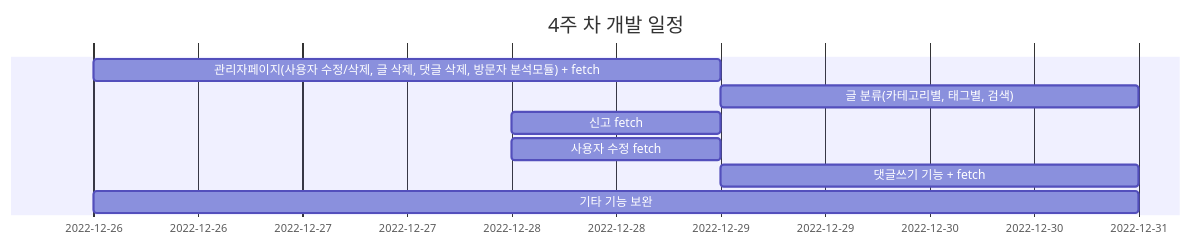
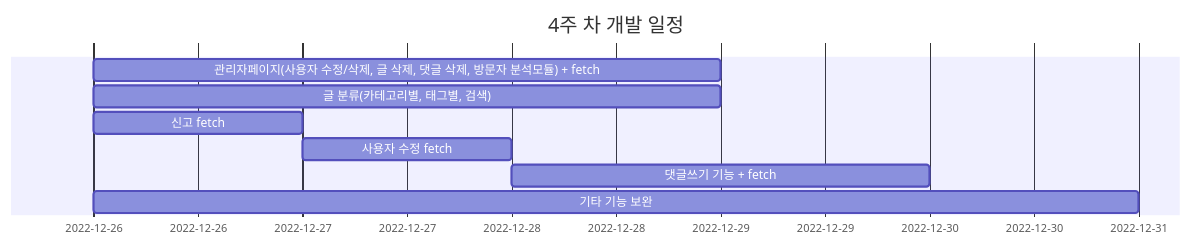
One commit to TEAM-ACO/.github changed the diagram in profile/README.md. Above: the diagram before and after it, drawn with Mermaid.

````diff
--- a/profile/README.md
+++ b/profile/README.md
@@ -1,12 +1,12 @@
 ```mermaid
 gantt
     title 4주 차 개발 일정
     dateFormat  YYYY-MM-DD
     
     관리자페이지(사용자 수정/삭제, 글 삭제, 댓글 삭제, 방문자 분석모듈) + fetch           :a1,  2022-12-26, 3d
-    글 분류(카테고리별, 태그별, 검색) : a1, 2022-12-29, 2d
-    신고 fetch : a1, 2022-12-28, 1d
-    사용자 수정 fetch: a1, 2022-12-28, 1d
-    댓글쓰기 기능 + fetch :a1, 2022-12-29, 2d
+    글 분류(카테고리별, 태그별, 검색) : a1, 2022-12-26, 3d
+    신고 fetch : a1, 2022-12-26, 1d
+    사용자 수정 fetch: a1, 2022-12-27, 1d
+    댓글쓰기 기능 + fetch :a1, 2022-12-28, 2d
     기타 기능 보완 : a1, 2022-12-26, 5d
 ```    
````
